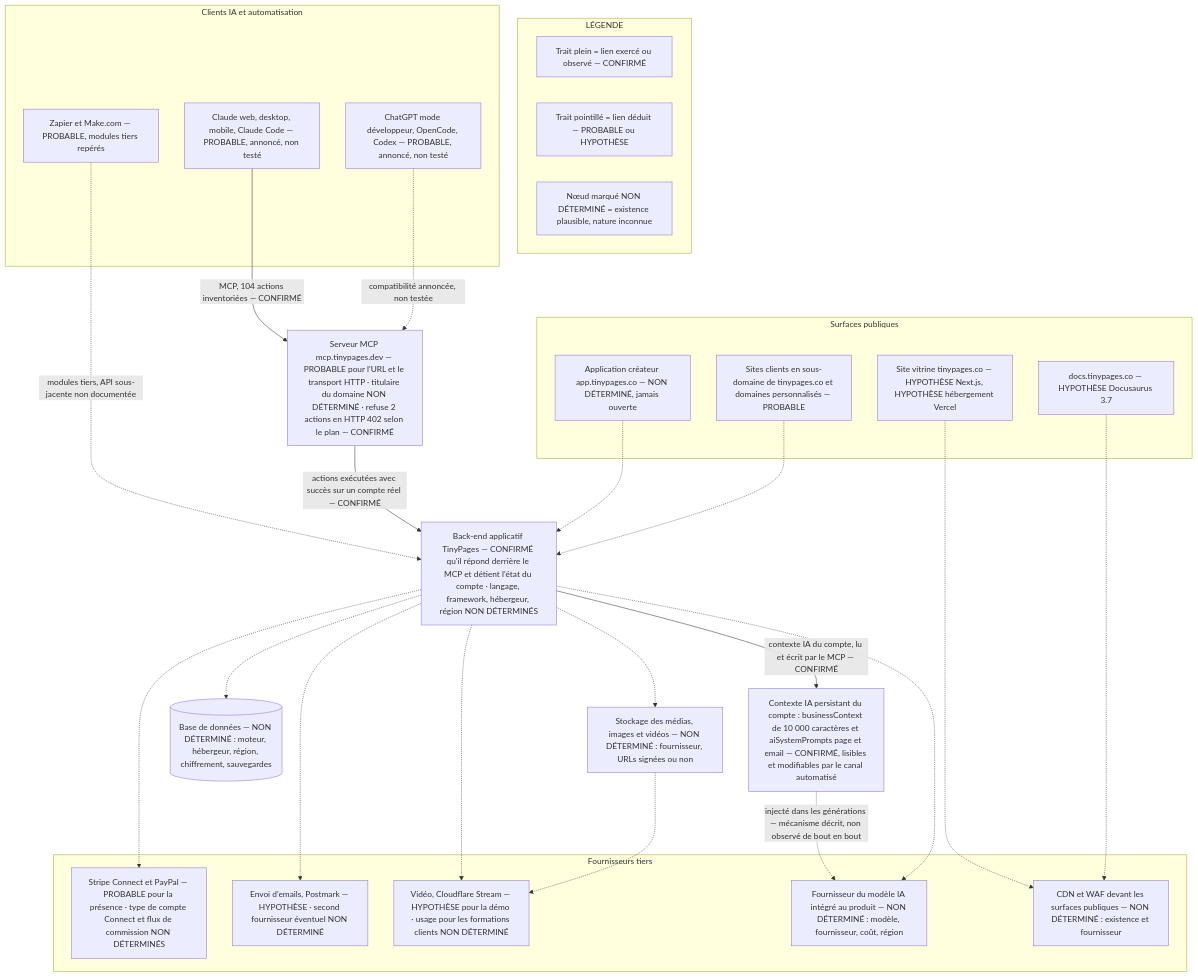
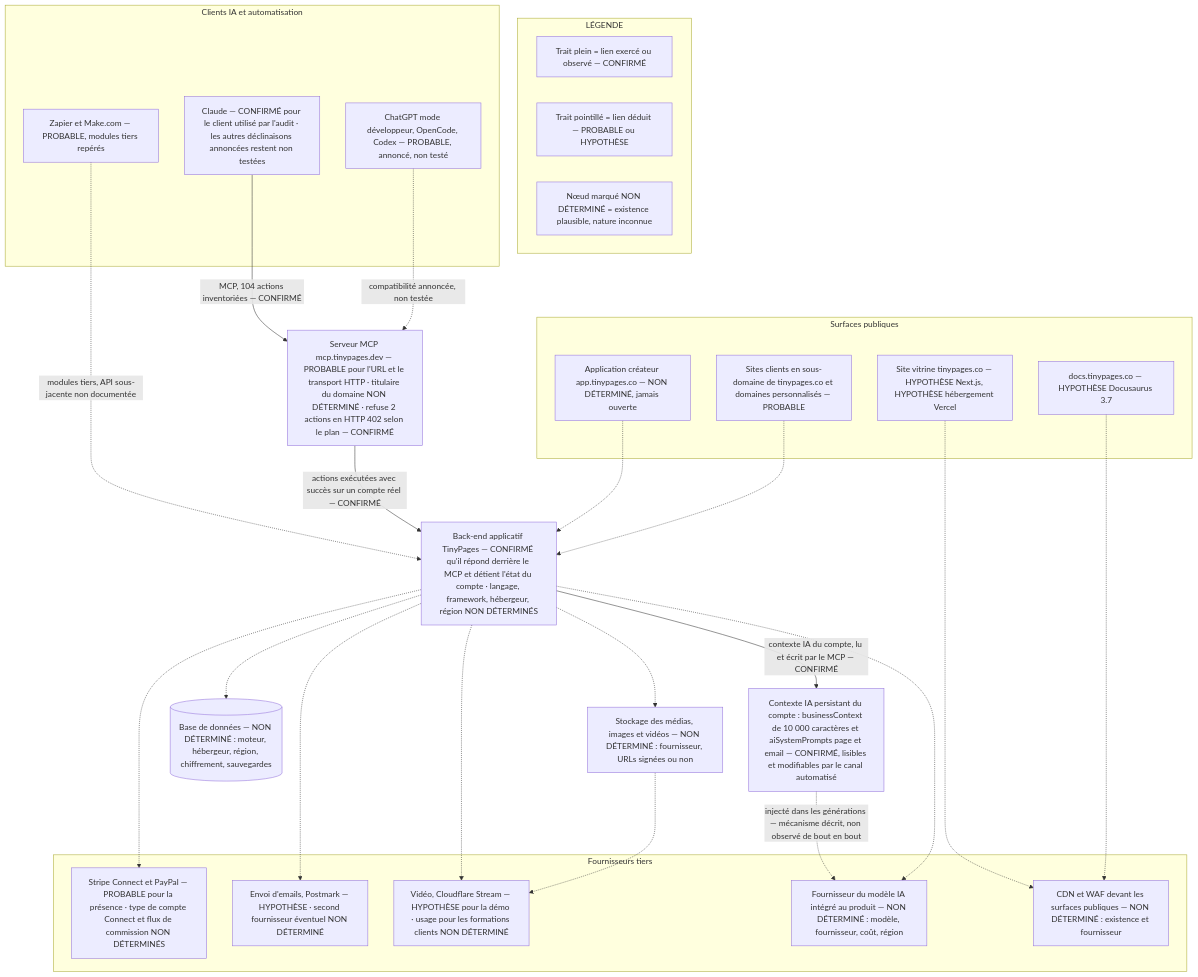
One commit to lahynathan/ais-os changed the diagram in audit/livrables/02_analyse_technique.md. Above: the diagram before and after it, drawn with Mermaid. The commit also changed other lines of this file and 2 other files, not shown here.

````diff
--- a/audit/livrables/02_analyse_technique.md
+++ b/audit/livrables/02_analyse_technique.md
@@ -27,56 +27,56 @@
 ```mermaid
 flowchart TB
     subgraph LEG["LÉGENDE"]
         LG1["Trait plein = lien exercé ou observé — CONFIRMÉ"]
         LG2["Trait pointillé = lien déduit — PROBABLE ou HYPOTHÈSE"]
         LG3["Nœud marqué NON DÉTERMINÉ = existence plausible, nature inconnue"]
     end
 
     subgraph CLI["Clients IA et automatisation"]
-        CLA["Claude web, desktop, mobile, Claude Code — PROBABLE, annoncé, non testé"]
+        CLA["Claude — CONFIRMÉ pour le client utilisé par l'audit · les autres déclinaisons annoncées restent non testées"]
         AUT["ChatGPT mode développeur, OpenCode, Codex — PROBABLE, annoncé, non testé"]
         ZAP["Zapier et Make.com — PROBABLE, modules tiers repérés"]
     end
 
     subgraph EDGE["Surfaces publiques"]
         SITE["Site vitrine tinypages.co — HYPOTHÈSE Next.js, HYPOTHÈSE hébergement Vercel"]
         DOCS["docs.tinypages.co — HYPOTHÈSE Docusaurus 3.7"]
         APP["Application créateur app.tinypages.co — NON DÉTERMINÉ, jamais ouverte"]
         TEN["Sites clients en sous-domaine de tinypages.co et domaines personnalisés — PROBABLE"]
     end
 
     MCPS["Serveur MCP mcp.tinypages.dev — PROBABLE pour l'URL et le transport HTTP · titulaire du domaine NON DÉTERMINÉ · refuse 2 actions en HTTP 402 selon le plan — CONFIRMÉ"]
 
     BACK["Back-end applicatif TinyPages — CONFIRMÉ qu'il répond derrière le MCP et détient l'état du compte · langage, framework, hébergeur, région NON DÉTERMINÉS"]
 
     CTX["Contexte IA persistant du compte : businessContext de 10 000 caractères et aiSystemPrompts page et email — CONFIRMÉ, lisibles et modifiables par le canal automatisé"]
 
     DB[("Base de données — NON DÉTERMINÉ : moteur, hébergeur, région, chiffrement, sauvegardes")]
     OBJ["Stockage des médias, images et vidéos — NON DÉTERMINÉ : fournisseur, URLs signées ou non"]
 
     subgraph EXT["Fournisseurs tiers"]
         PAY["Stripe Connect et PayPal — PROBABLE pour la présence · type de compte Connect et flux de commission NON DÉTERMINÉS"]
         MAIL["Envoi d'emails, Postmark — HYPOTHÈSE · second fournisseur éventuel NON DÉTERMINÉ"]
         VID["Vidéo, Cloudflare Stream — HYPOTHÈSE pour la démo · usage pour les formations clients NON DÉTERMINÉ"]
         LLM["Fournisseur du modèle IA intégré au produit — NON DÉTERMINÉ : modèle, fournisseur, coût, région"]
         CDN["CDN et WAF devant les surfaces publiques — NON DÉTERMINÉ : existence et fournisseur"]
     end
 
     CLA -->|"MCP, 104 actions inventoriées — CONFIRMÉ"| MCPS
     AUT -.->|"compatibilité annoncée, non testée"| MCPS
     ZAP -.->|"modules tiers, API sous-jacente non documentée"| BACK
     MCPS -->|"actions exécutées avec succès sur un compte réel — CONFIRMÉ"| BACK
     BACK -->|"contexte IA du compte, lu et écrit par le MCP — CONFIRMÉ"| CTX
     CTX -.->|"injecté dans les générations — mécanisme décrit, non observé de bout en bout"| LLM
     SITE -.-> CDN
     APP -.-> BACK
     TEN -.-> BACK
     DOCS -.-> CDN
     BACK -.-> DB
     BACK -.-> OBJ
     BACK -.-> PAY
     BACK -.-> MAIL
     BACK -.-> VID
     BACK -.-> LLM
     OBJ -.-> VID
 ```
````
